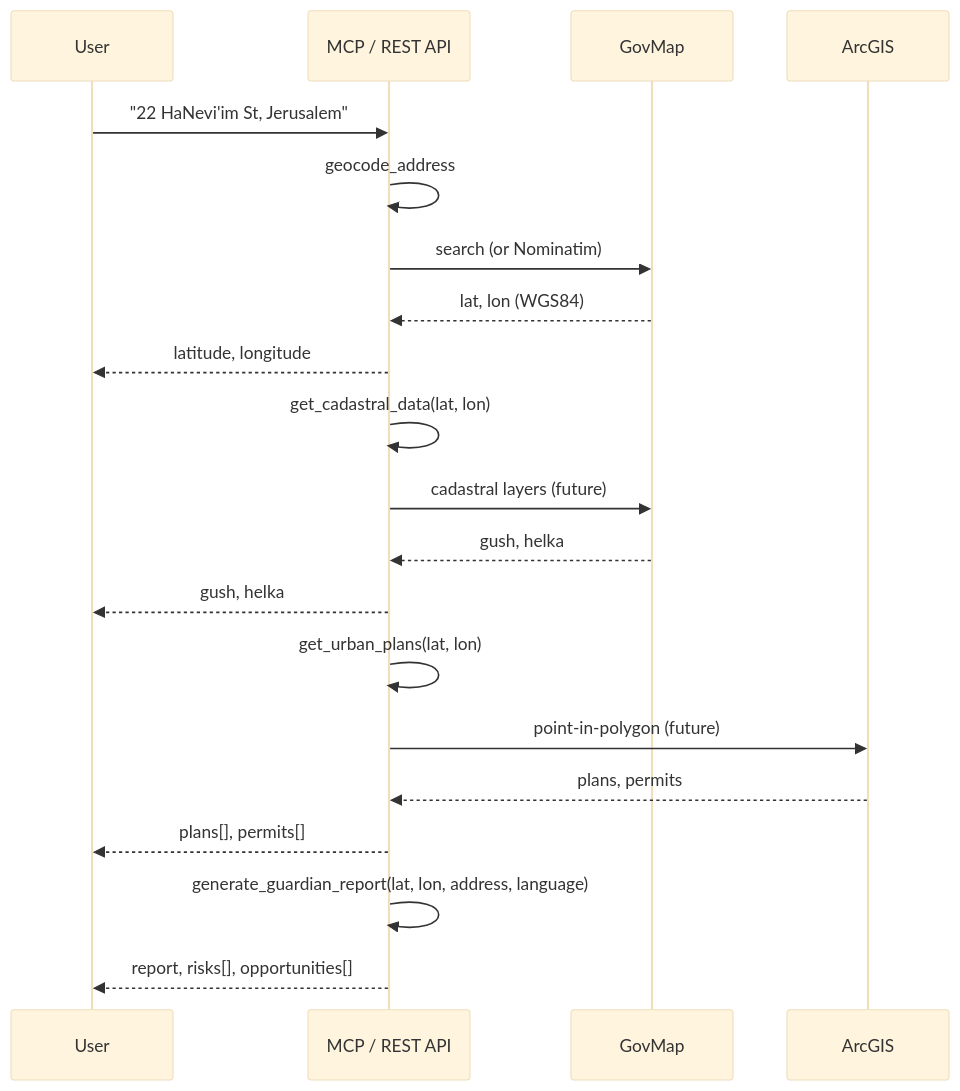
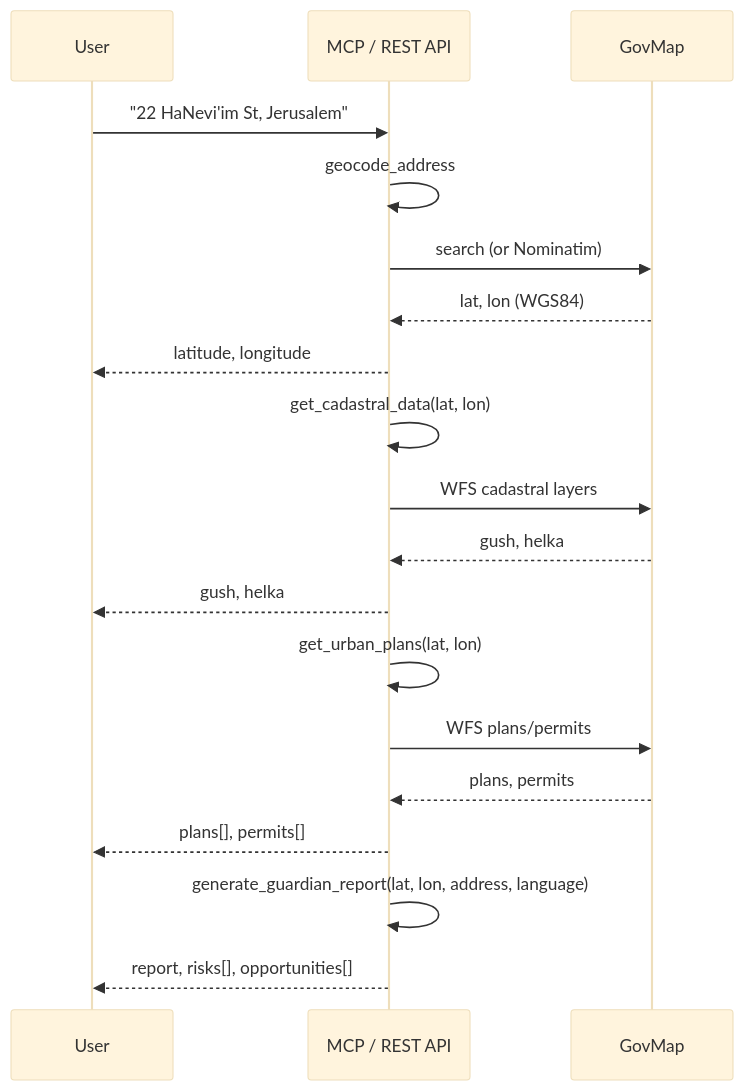
The third of 5 diagrams in README.md (GaryShnol/urban-guardian-mcp), drawn with Mermaid (base theme) before and after one commit. The commit also changed other lines of this file and 26 other files, not shown here.

Commit message:
fix(plans): use working MAVAT links instead of broken GovMap URLs

````diff
--- a/README.md
+++ b/README.md
@@ -128,26 +155,25 @@
 ```mermaid
 sequenceDiagram
     participant User
     participant MCP as MCP / REST API
     participant GovMap
-    participant ArcGIS
 
     User->>MCP: "22 HaNevi'im St, Jerusalem"
     MCP->>MCP: geocode_address
     MCP->>GovMap: search (or Nominatim)
     GovMap-->>MCP: lat, lon (WGS84)
     MCP-->>User: latitude, longitude
 
     MCP->>MCP: get_cadastral_data(lat, lon)
-    MCP->>GovMap: cadastral layers (future)
+    MCP->>GovMap: WFS cadastral layers
     GovMap-->>MCP: gush, helka
     MCP-->>User: gush, helka
 
     MCP->>MCP: get_urban_plans(lat, lon)
-    MCP->>ArcGIS: point-in-polygon (future)
-    ArcGIS-->>MCP: plans, permits
+    MCP->>GovMap: WFS plans/permits
+    GovMap-->>MCP: plans, permits
     MCP-->>User: plans[], permits[]
 
     MCP->>MCP: generate_guardian_report(lat, lon, address, language)
     MCP-->>User: report, risks[], opportunities[]
 ```
````
